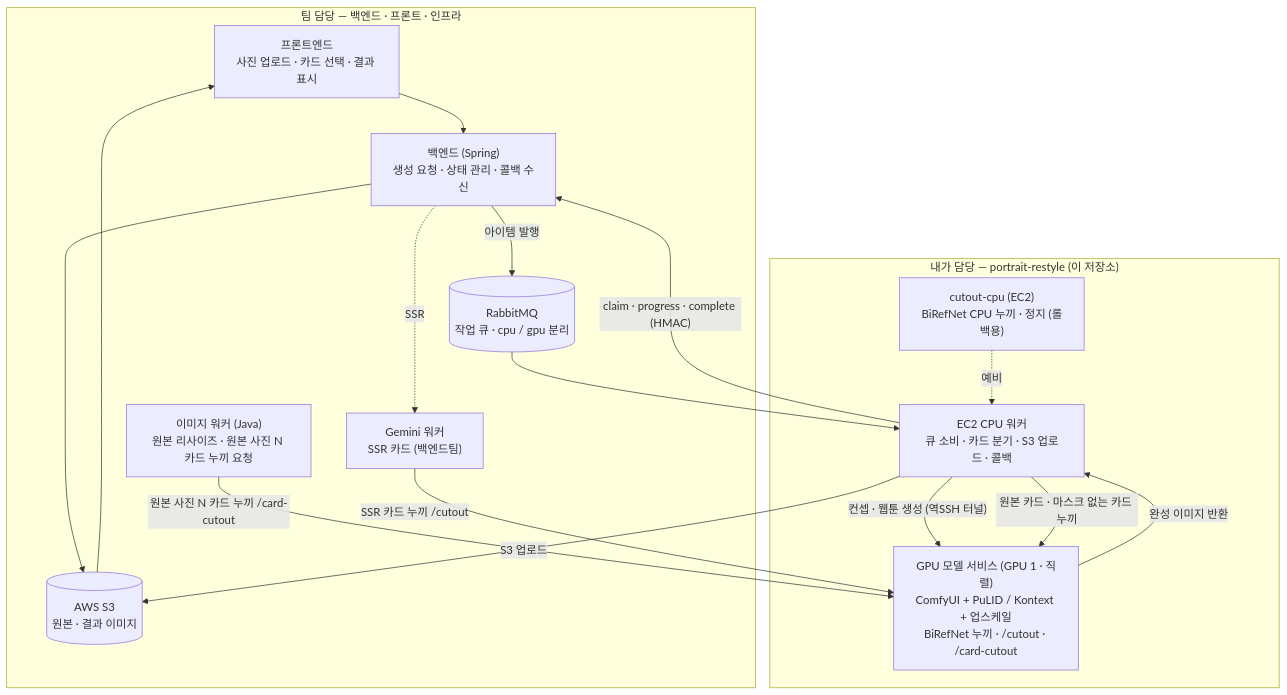
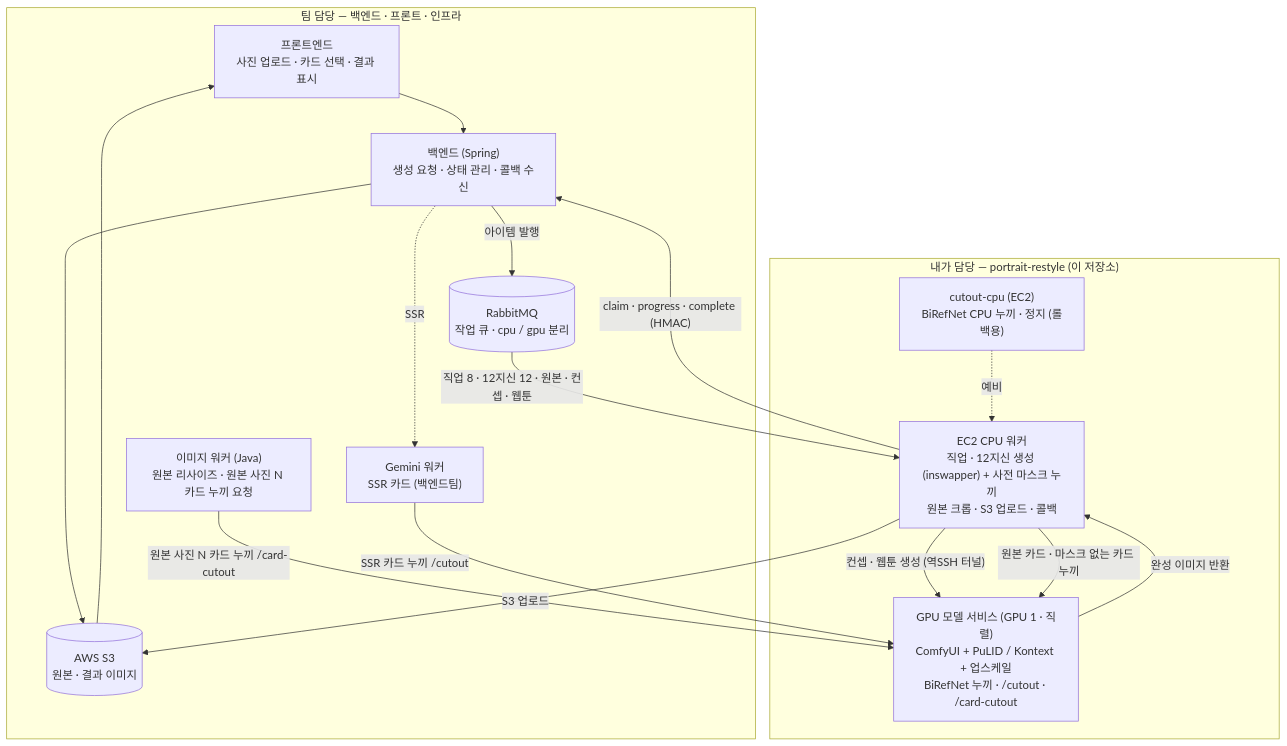
The diagram in README.md (donghyeoni/portrait-restyle), drawn with Mermaid before and after one commit.

Commit message:
docs: 구조도에 직업·12지신 처리 위치 명시

````diff
--- a/README.md
+++ b/README.md
@@ -14,32 +14,32 @@
 ```mermaid
 flowchart TB
     subgraph team["팀 담당 — 백엔드 · 프론트 · 인프라"]
         FE["프론트엔드<br/>사진 업로드 · 카드 선택 · 결과 표시"]
         BE["백엔드 (Spring)<br/>생성 요청 · 상태 관리 · 콜백 수신"]
         IMG["이미지 워커 (Java)<br/>원본 리사이즈 · 원본 사진 N 카드 누끼 요청"]
         MQ[("RabbitMQ<br/>작업 큐 · cpu / gpu 분리")]
         S3[("AWS S3<br/>원본 · 결과 이미지")]
         GEM["Gemini 워커<br/>SSR 카드 (백엔드팀)"]
     end
 
     subgraph mine["내가 담당 — portrait-restyle (이 저장소)"]
-        W["EC2 CPU 워커<br/>큐 소비 · 카드 분기 · S3 업로드 · 콜백"]
+        W["EC2 CPU 워커<br/>직업 · 12지신 생성 (inswapper) + 사전 마스크 누끼<br/>원본 크롭 · S3 업로드 · 콜백"]
         GPU["GPU 모델 서비스 (GPU 1 · 직렬)<br/>ComfyUI + PuLID / Kontext + 업스케일<br/>BiRefNet 누끼 · /cutout · /card-cutout"]
         CUT["cutout-cpu (EC2)<br/>BiRefNet CPU 누끼 · 정지 (롤백용)"]
     end
 
     FE --> BE
     BE -->|아이템 발행| MQ
-    MQ --> W
+    MQ -->|"직업 8 · 12지신 12 · 원본 · 컨셉 · 웹툰"| W
     W -->|"컨셉 · 웹툰 생성 (역SSH 터널)"| GPU
     W -->|"원본 카드 · 마스크 없는 카드 누끼"| GPU
     IMG -->|"원본 사진 N 카드 누끼 /card-cutout"| GPU
     GEM -->|"SSR 카드 누끼 /cutout"| GPU
     CUT -.->|"예비"| W
     GPU -->|"완성 이미지 반환"| W
     W -->|S3 업로드| S3
     W -->|"claim · progress · complete (HMAC)"| BE
     BE --> S3
     S3 --> FE
     BE -.->|SSR| GEM
 ```
````
